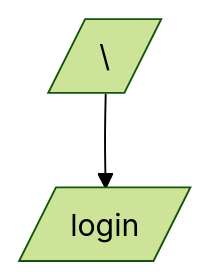
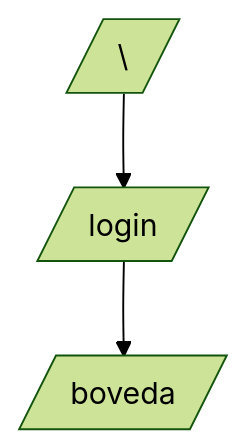
One commit to Giankrp/Alcatraz changed the diagram in app/pages/README.md. Above: the diagram before and after it, drawn with Mermaid (forest theme). The commit also changed other lines of this file and 4 other files, not shown here.

````diff
--- a/app/pages/README.md
+++ b/app/pages/README.md
@@ -17,4 +18,5 @@
 ```mermaid
 flowchart TD
   R[/\/] --> L[/login/]
+  L --> B[/boveda/]
 ```
````
